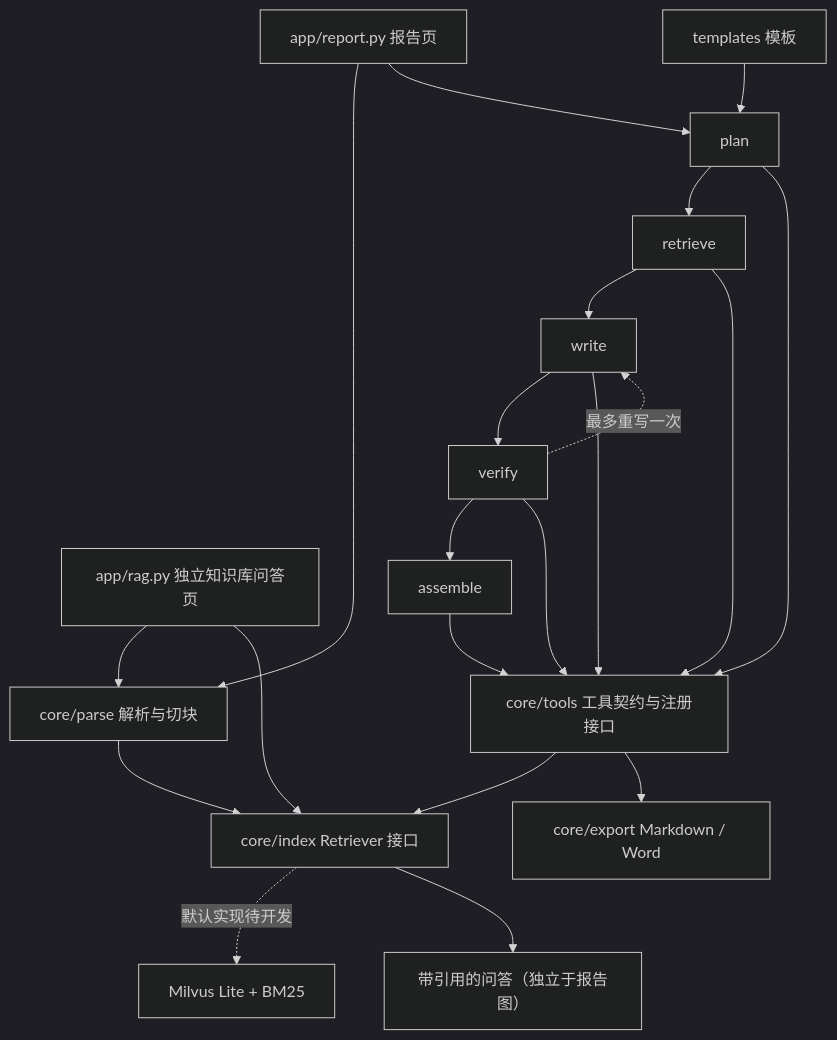
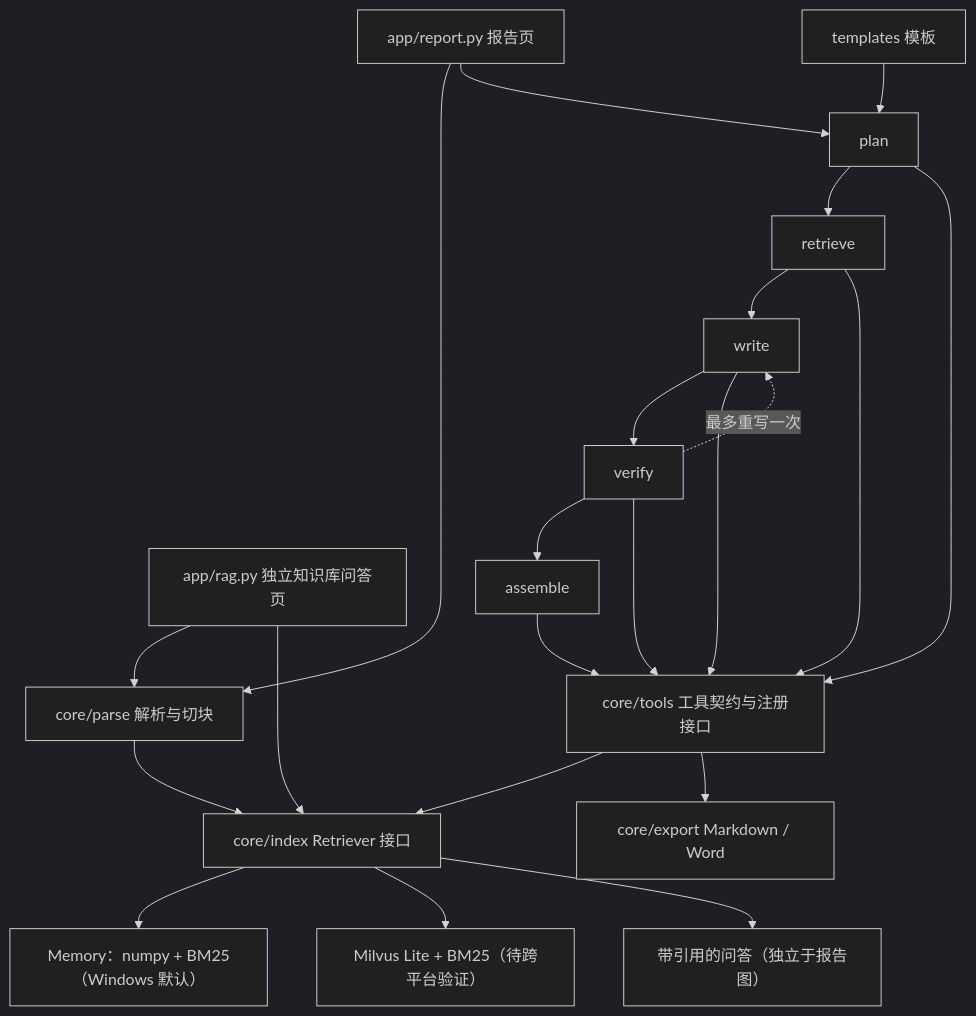
Before and after one commit to xjsaber/doc2report-agent: the diagram in README.md, drawn with Mermaid (dark theme). The commit also changed other lines of this file and 13 other files, not shown here.

````diff
--- a/README.md
+++ b/README.md
@@ -18,23 +18,24 @@
 ```mermaid
 flowchart TD
     Report["app/report.py 报告页"] --> Parse["core/parse 解析与切块"]
     RAG["app/rag.py 独立知识库问答页"] --> Parse
     Parse --> Index["core/index Retriever 接口"]
-    Index -.默认实现待开发.-> Milvus["Milvus Lite + BM25"]
+    Index --> Memory["Memory：numpy + BM25（Windows 默认）"]
+    Index --> Milvus["Milvus Lite + BM25（待跨平台验证）"]
     Report --> Plan["plan"]
     Plan --> Retrieve["retrieve"]
     Retrieve --> Write["write"]
     Write --> Verify["verify"]
     Verify --> Assemble["assemble"]
     Verify -.最多重写一次.-> Write
     Plan --> Tools["core/tools 工具契约与注册接口"]
     Retrieve --> Tools
     Write --> Tools
     Verify --> Tools
     Assemble --> Tools
     Tools --> Index
     Tools --> Export["core/export Markdown / Word"]
     Templates["templates 模板"] --> Plan
     RAG --> Index
     Index --> Answer["带引用的问答（独立于报告图）"]
 ```
````
